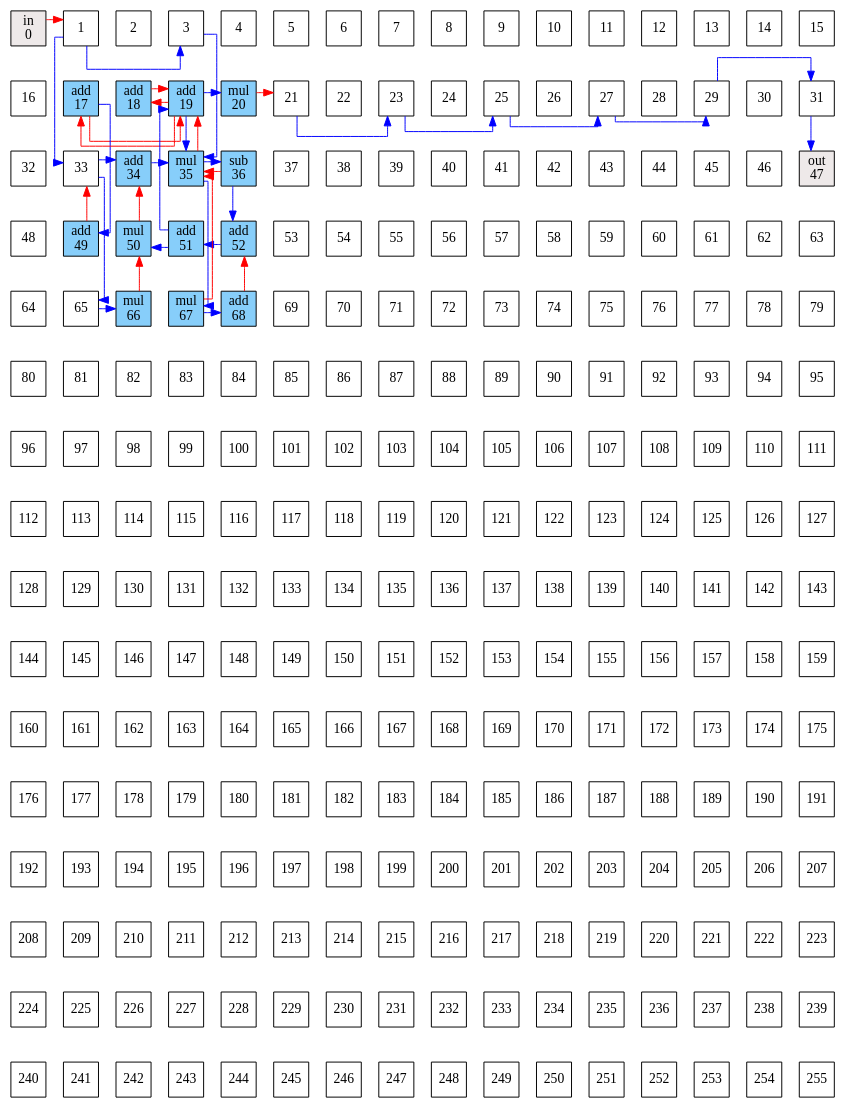
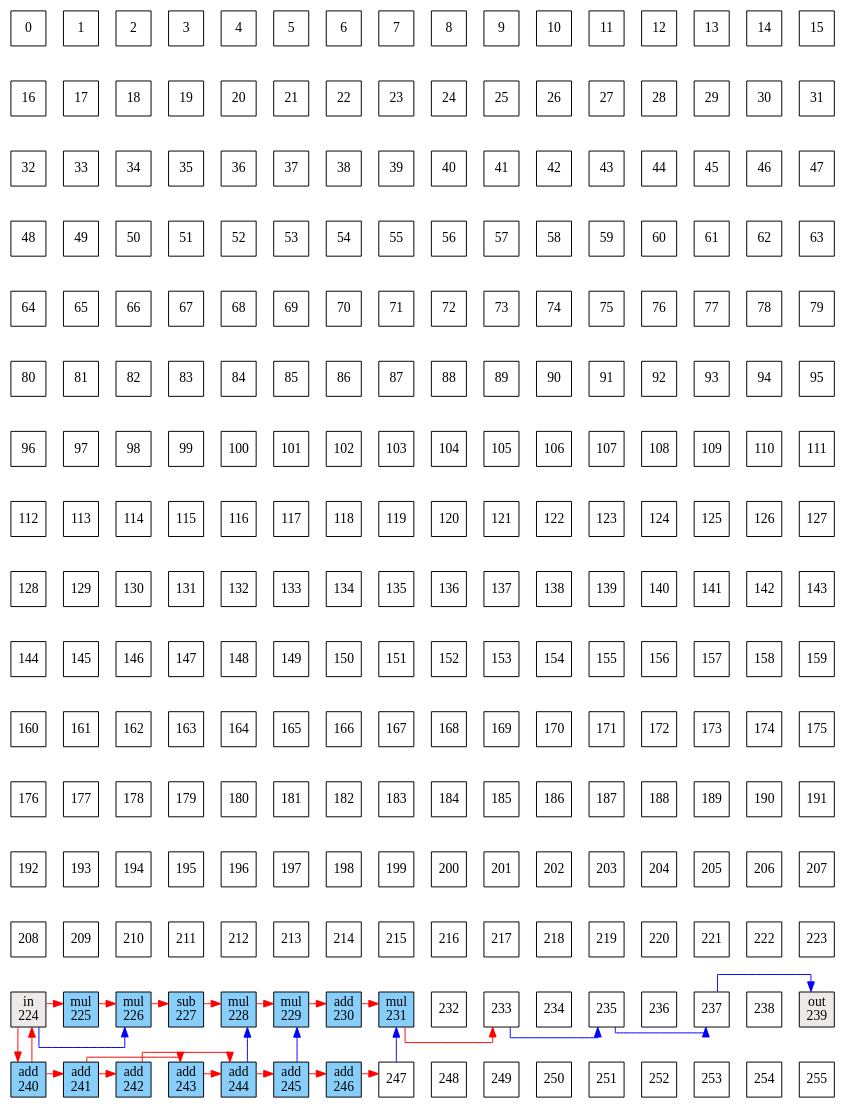
The diagram in tests_lucas/artigo/grid/chebyshev.dot (lesc-ufv/hpcgra), drawn with Graphviz before and after one commit. The commit also changed 10 other files, not shown here.

```diff
--- a/tests_lucas/artigo/grid/chebyshev.dot
+++ b/tests_lucas/artigo/grid/chebyshev.dot
@@ -2,8 +2,7 @@
 rankdir=TB;
 splines=ortho;
 node [style=filled shape=square fixedsize=true width=0.5];
-x0y0 [label="in
-0", fillcolor=snow2];
+x0y0[label="0", fillcolor=white];
 x0y1[label="1", fillcolor=white];
 x0y2[label="2", fillcolor=white];
 x0y3[label="3", fillcolor=white];
@@ -20,14 +19,10 @@
 x0y14[label="14", fillcolor=white];
 x0y15[label="15", fillcolor=white];
 x1y0[label="16", fillcolor=white];
-x1y1 [label="add
-17", fillcolor=lightskyblue];
-x1y2 [label="add
-18", fillcolor=lightskyblue];
-x1y3 [label="add
-19", fillcolor=lightskyblue];
-x1y4 [label="mul
-20", fillcolor=lightskyblue];
+x1y1[label="17", fillcolor=white];
+x1y2[label="18", fillcolor=white];
+x1y3[label="19", fillcolor=white];
+x1y4[label="20", fillcolor=white];
 x1y5[label="21", fillcolor=white];
 x1y6[label="22", fillcolor=white];
 x1y7[label="23", fillcolor=white];
@@ -41,12 +36,9 @@
 x1y15[label="31", fillcolor=white];
 x2y0[label="32", fillcolor=white];
 x2y1[label="33", fillcolor=white];
-x2y2 [label="add
-34", fillcolor=lightskyblue];
-x2y3 [label="mul
-35", fillcolor=lightskyblue];
-x2y4 [label="sub
-36", fillcolor=lightskyblue];
+x2y2[label="34", fillcolor=white];
+x2y3[label="35", fillcolor=white];
+x2y4[label="36", fillcolor=white];
 x2y5[label="37", fillcolor=white];
 x2y6[label="38", fillcolor=white];
 x2y7[label="39", fillcolor=white];
@@ -57,17 +49,12 @@
 x2y12[label="44", fillcolor=white];
 x2y13[label="45", fillcolor=white];
 x2y14[label="46", fillcolor=white];
-x2y15 [label="out
-47", fillcolor=snow2];
+x2y15[label="47", fillcolor=white];
 x3y0[label="48", fillcolor=white];
-x3y1 [label="add
-49", fillcolor=lightskyblue];
-x3y2 [label="mul
-50", fillcolor=lightskyblue];
-x3y3 [label="add
-51", fillcolor=lightskyblue];
-x3y4 [label="add
-52", fillcolor=lightskyblue];
+x3y1[label="49", fillcolor=white];
+x3y2[label="50", fillcolor=white];
+x3y3[label="51", fillcolor=white];
+x3y4[label="52", fillcolor=white];
 x3y5[label="53", fillcolor=white];
 x3y6[label="54", fillcolor=white];
 x3y7[label="55", fillcolor=white];
@@ -81,12 +68,9 @@
 x3y15[label="63", fillcolor=white];
 x4y0[label="64", fillcolor=white];
 x4y1[label="65", fillcolor=white];
-x4y2 [label="mul
-66", fillcolor=lightskyblue];
-x4y3 [label="mul
-67", fillcolor=lightskyblue];
-x4y4 [label="add
-68", fillcolor=lightskyblue];
+x4y2[label="66", fillcolor=white];
+x4y3[label="67", fillcolor=white];
+x4y4[label="68", fillcolor=white];
 x4y5[label="69", fillcolor=white];
 x4y6[label="70", fillcolor=white];
 x4y7[label="71", fillcolor=white];
@@ -242,14 +226,22 @@
 x13y13[label="221", fillcolor=white];
 x13y14[label="222", fillcolor=white];
 x13y15[label="223", fillcolor=white];
-x14y0[label="224", fillcolor=white];
-x14y1[label="225", fillcolor=white];
-x14y2[label="226", fillcolor=white];
-x14y3[label="227", fillcolor=white];
-x14y4[label="228", fillcolor=white];
-x14y5[label="229", fillcolor=white];
-x14y6[label="230", fillcolor=white];
-x14y7[label="231", fillcolor=white];
+x14y0 [label="in
+224", fillcolor=snow2];
+x14y1 [label="mul
+225", fillcolor=lightskyblue];
+x14y2 [label="mul
+226", fillcolor=lightskyblue];
+x14y3 [label="sub
+227", fillcolor=lightskyblue];
+x14y4 [label="mul
+228", fillcolor=lightskyblue];
+x14y5 [label="mul
+229", fillcolor=lightskyblue];
+x14y6 [label="add
+230", fillcolor=lightskyblue];
+x14y7 [label="mul
+231", fillcolor=lightskyblue];
 x14y8[label="232", fillcolor=white];
 x14y9[label="233", fillcolor=white];
 x14y10[label="234", fillcolor=white];
@@ -257,14 +249,22 @@
 x14y12[label="236", fillcolor=white];
 x14y13[label="237", fillcolor=white];
 x14y14[label="238", fillcolor=white];
-x14y15[label="239", fillcolor=white];
-x15y0[label="240", fillcolor=white];
-x15y1[label="241", fillcolor=white];
-x15y2[label="242", fillcolor=white];
-x15y3[label="243", fillcolor=white];
-x15y4[label="244", fillcolor=white];
-x15y5[label="245", fillcolor=white];
-x15y6[label="246", fillcolor=white];
+x14y15 [label="out
+239", fillcolor=snow2];
+x15y0 [label="add
+240", fillcolor=lightskyblue];
+x15y1 [label="add
+241", fillcolor=lightskyblue];
+x15y2 [label="add
+242", fillcolor=lightskyblue];
+x15y3 [label="add
+243", fillcolor=lightskyblue];
+x15y4 [label="add
+244", fillcolor=lightskyblue];
+x15y5 [label="add
+245", fillcolor=lightskyblue];
+x15y6 [label="add
+246", fillcolor=lightskyblue];
 x15y7[label="247", fillcolor=white];
 x15y8[label="248", fillcolor=white];
 x15y9[label="249", fillcolor=white];
@@ -275,42 +275,31 @@
 x15y14[label="254", fillcolor=white];
 x15y15[label="255", fillcolor=white];
 edge [constraint=false];
-x0y0 -> x0y1 [style=solid, color=red];
-x0y1 -> x0y3 [style=solid, color=blue];
-x0y1 -> x2y1 [style=solid, color=blue];
-x0y3 -> x2y3 [style=solid, color=blue];
-x1y1 -> x1y3 [style=solid, color=red];
-x1y1 -> x3y1 [style=solid, color=blue];
-x1y2 -> x1y3 [style=solid, color=red];
-x1y3 -> x1y1 [style=solid, color=red];
-x1y3 -> x1y2 [style=solid, color=red];
-x1y3 -> x1y4 [style=solid, color=blue];
-x1y3 -> x2y3 [style=solid, color=blue];
-x1y4 -> x1y5 [style=solid, color=red];
-x1y5 -> x1y7 [style=solid, color=blue];
-x1y7 -> x1y9 [style=solid, color=blue];
-x1y9 -> x1y11 [style=solid, color=blue];
-x1y11 -> x1y13 [style=solid, color=blue];
-x1y13 -> x1y15 [style=solid, color=blue];
-x1y15 -> x2y15 [style=solid, color=blue];
-x2y1 -> x2y2 [style=solid, color=blue];
-x2y1 -> x4y1 [style=solid, color=blue];
-x2y2 -> x2y3 [style=solid, color=blue];
-x2y3 -> x1y3 [style=solid, color=red];
-x2y3 -> x2y4 [style=solid, color=blue];
-x2y3 -> x4y3 [style=solid, color=blue];
-x2y4 -> x2y3 [style=solid, color=red];
-x2y4 -> x3y4 [style=solid, color=blue];
-x3y1 -> x2y1 [style=solid, color=red];
-x3y2 -> x2y2 [style=solid, color=red];
-x3y3 -> x1y3 [style=solid, color=blue];
-x3y3 -> x3y2 [style=solid, color=blue];
-x3y4 -> x3y3 [style=solid, color=blue];
-x4y1 -> x4y2 [style=solid, color=blue];
-x4y2 -> x3y2 [style=solid, color=red];
-x4y3 -> x2y3 [style=solid, color=red];
-x4y3 -> x4y4 [style=solid, color=blue];
-x4y4 -> x3y4 [style=solid, color=red];
+x14y0 -> x14y1 [style=solid, color=red];
+x14y0 -> x14y2 [style=solid, color=blue];
+x14y0 -> x15y0 [style=solid, color=red];
+x14y1 -> x14y2 [style=solid, color=red];
+x14y2 -> x14y3 [style=solid, color=red];
+x14y3 -> x14y4 [style=solid, color=red];
+x14y4 -> x14y5 [style=solid, color=red];
+x14y5 -> x14y6 [style=solid, color=red];
+x14y6 -> x14y7 [style=solid, color=red];
+x14y7 -> x14y9 [style=solid, color=red];
+x14y9 -> x14y11 [style=solid, color=blue];
+x14y11 -> x14y13 [style=solid, color=blue];
+x14y13 -> x14y15 [style=solid, color=blue];
+x15y0 -> x14y0 [style=solid, color=red];
+x15y0 -> x15y1 [style=solid, color=red];
+x15y1 -> x15y2 [style=solid, color=red];
+x15y1 -> x15y3 [style=solid, color=red];
+x15y2 -> x15y4 [style=solid, color=red];
+x15y3 -> x15y4 [style=solid, color=red];
+x15y4 -> x14y4 [style=solid, color=blue];
+x15y4 -> x15y5 [style=solid, color=red];
+x15y5 -> x14y5 [style=solid, color=blue];
+x15y5 -> x15y6 [style=solid, color=red];
+x15y6 -> x15y7 [style=solid, color=red];
+x15y7 -> x14y7 [style=solid, color=blue];
 edge [constraint=true, style=invis];
 x0y0 ->x1y0 ->x2y0 ->x3y0 ->x4y0 ->x5y0 ->x6y0 ->x7y0 ->x8y0 ->x9y0 ->x10y0 ->x11y0 ->x12y0 ->x13y0 ->x14y0 -> x15y0;
 x0y1 ->x1y1 ->x2y1 ->x3y1 ->x4y1 ->x5y1 ->x6y1 ->x7y1 ->x8y1 ->x9y1 ->x10y1 ->x11y1 ->x12y1 ->x13y1 ->x14y1 -> x15y1;
```
